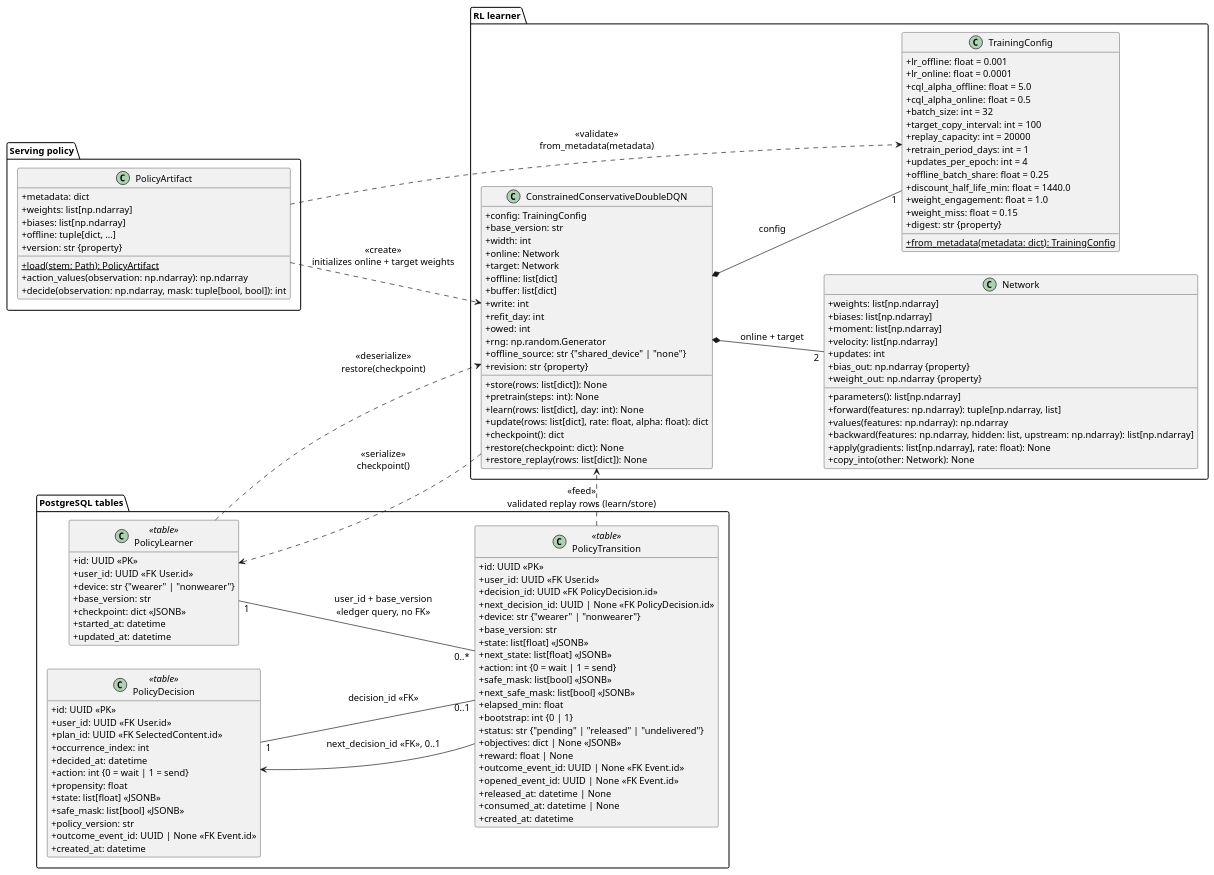
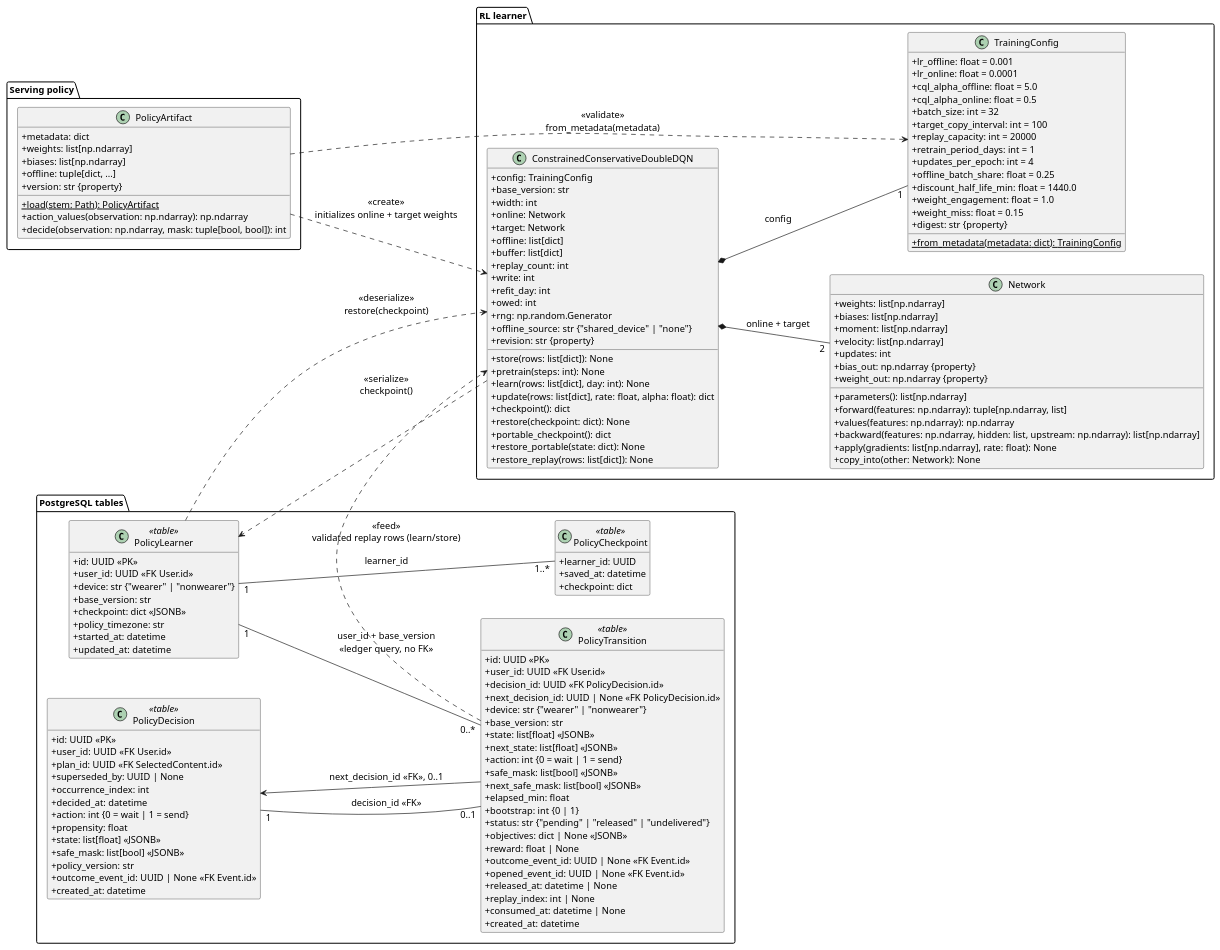
The diagram in docs/diagrams/omi-learning-classes.puml (MaaniBeigy/ibechange-omi-fastapi), drawn with PlantUML before and after one commit. The commit also changed 43 other files, not shown here.

```diff
--- a/docs/diagrams/omi-learning-classes.puml
+++ b/docs/diagrams/omi-learning-classes.puml
@@ -1,143 +1,155 @@
 @startuml
 skinparam shadowing false
 skinparam defaultFontName Arial
 skinparam defaultFontSize 14
 skinparam classAttributeIconSize 0
 hide empty members
 left to right direction
 
 package "Serving policy" {
   class PolicyArtifact {
     + metadata: dict
     + weights: list[np.ndarray]
     + biases: list[np.ndarray]
     + offline: tuple[dict, ...]
     + version: str {property}
     + {static} load(stem: Path): PolicyArtifact
     + action_values(observation: np.ndarray): np.ndarray
     + decide(observation: np.ndarray, mask: tuple[bool, bool]): int
   }
 }
 
 package "RL learner" {
   class TrainingConfig {
     + lr_offline: float = 0.001
     + lr_online: float = 0.0001
     + cql_alpha_offline: float = 5.0
     + cql_alpha_online: float = 0.5
     + batch_size: int = 32
     + target_copy_interval: int = 100
     + replay_capacity: int = 20000
     + retrain_period_days: int = 1
     + updates_per_epoch: int = 4
     + offline_batch_share: float = 0.25
     + discount_half_life_min: float = 1440.0
     + weight_engagement: float = 1.0
     + weight_miss: float = 0.15
     + digest: str {property}
     + {static} from_metadata(metadata: dict): TrainingConfig
   }
 
   class Network {
     + weights: list[np.ndarray]
     + biases: list[np.ndarray]
     + moment: list[np.ndarray]
     + velocity: list[np.ndarray]
     + updates: int
     + bias_out: np.ndarray {property}
     + weight_out: np.ndarray {property}
     + parameters(): list[np.ndarray]
     + forward(features: np.ndarray): tuple[np.ndarray, list]
     + values(features: np.ndarray): np.ndarray
     + backward(features: np.ndarray, hidden: list, upstream: np.ndarray): list[np.ndarray]
     + apply(gradients: list[np.ndarray], rate: float): None
     + copy_into(other: Network): None
   }
 
   class ConstrainedConservativeDoubleDQN {
     + config: TrainingConfig
     + base_version: str
     + width: int
     + online: Network
     + target: Network
     + offline: list[dict]
     + buffer: list[dict]
+    + replay_count: int
     + write: int
     + refit_day: int
     + owed: int
     + rng: np.random.Generator
     + offline_source: str {"shared_device" | "none"}
     + revision: str {property}
     + store(rows: list[dict]): None
     + pretrain(steps: int): None
     + learn(rows: list[dict], day: int): None
     + update(rows: list[dict], rate: float, alpha: float): dict
     + checkpoint(): dict
     + restore(checkpoint: dict): None
+    + portable_checkpoint(): dict
+    + restore_portable(state: dict): None
     + restore_replay(rows: list[dict]): None
   }
 }
 
 package "PostgreSQL tables" {
   class PolicyDecision <<table>> {
     + id: UUID «PK»
     + user_id: UUID «FK User.id»
     + plan_id: UUID «FK SelectedContent.id»
+    + superseded_by: UUID | None
     + occurrence_index: int
     + decided_at: datetime
     + action: int {0 = wait | 1 = send}
     + propensity: float
     + state: list[float] «JSONB»
     + safe_mask: list[bool] «JSONB»
     + policy_version: str
     + outcome_event_id: UUID | None «FK Event.id»
     + created_at: datetime
   }
 
   class PolicyTransition <<table>> {
     + id: UUID «PK»
     + user_id: UUID «FK User.id»
     + decision_id: UUID «FK PolicyDecision.id»
     + next_decision_id: UUID | None «FK PolicyDecision.id»
     + device: str {"wearer" | "nonwearer"}
     + base_version: str
     + state: list[float] «JSONB»
     + next_state: list[float] «JSONB»
     + action: int {0 = wait | 1 = send}
     + safe_mask: list[bool] «JSONB»
     + next_safe_mask: list[bool] «JSONB»
     + elapsed_min: float
     + bootstrap: int {0 | 1}
     + status: str {"pending" | "released" | "undelivered"}
     + objectives: dict | None «JSONB»
     + reward: float | None
     + outcome_event_id: UUID | None «FK Event.id»
     + opened_event_id: UUID | None «FK Event.id»
     + released_at: datetime | None
+    + replay_index: int | None
     + consumed_at: datetime | None
     + created_at: datetime
   }
 
+  class PolicyCheckpoint <<table>> {
+    + learner_id: UUID
+    + saved_at: datetime
+    + checkpoint: dict
+  }
   class PolicyLearner <<table>> {
     + id: UUID «PK»
     + user_id: UUID «FK User.id»
     + device: str {"wearer" | "nonwearer"}
     + base_version: str
     + checkpoint: dict «JSONB»
+    + policy_timezone: str
     + started_at: datetime
     + updated_at: datetime
   }
 }
 
 PolicyArtifact ..> ConstrainedConservativeDoubleDQN : <<create>>\ninitializes online + target weights
 PolicyArtifact ..> TrainingConfig : <<validate>>\nfrom_metadata(metadata)
 ConstrainedConservativeDoubleDQN *-- "1" TrainingConfig : config
 ConstrainedConservativeDoubleDQN *-- "2" Network : online + target
 
+PolicyLearner "1" -- "1..*" PolicyCheckpoint : learner_id
 PolicyDecision "1" -- "0..1" PolicyTransition : decision_id «FK»
 PolicyTransition --> PolicyDecision : next_decision_id «FK», 0..1
 PolicyLearner "1" -- "0..*" PolicyTransition : user_id + base_version\n«ledger query, no FK»
 PolicyTransition ..> ConstrainedConservativeDoubleDQN : <<feed>>\nvalidated replay rows (learn/store)
 ConstrainedConservativeDoubleDQN ..> PolicyLearner : <<serialize>>\ncheckpoint()
 PolicyLearner ..> ConstrainedConservativeDoubleDQN : <<deserialize>>\nrestore(checkpoint)
 @enduml
```
